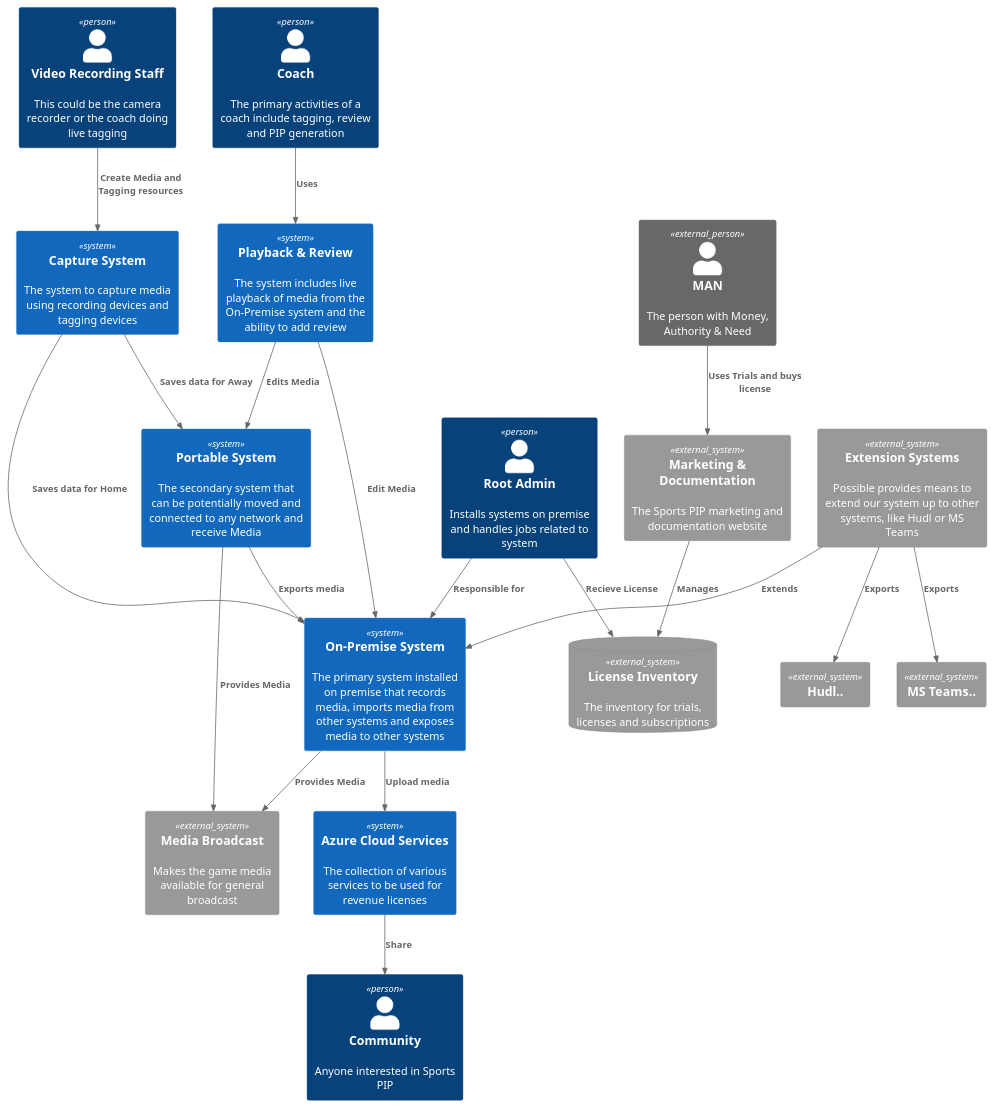
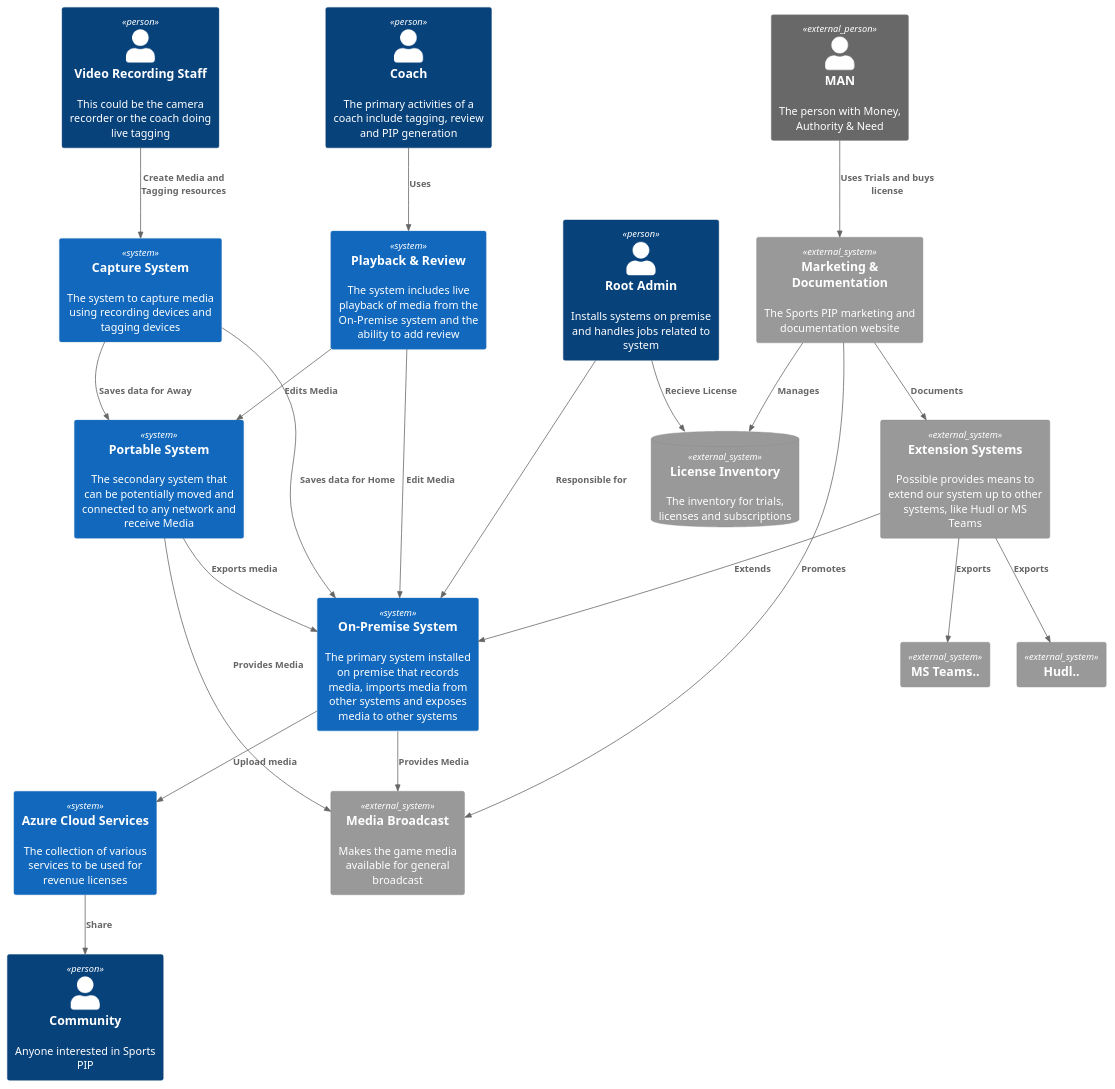
One commit to manish-drake/sportspiparch changed the diagram in context.puml. Above: the diagram before and after it, drawn with PlantUML. The commit also changed 19 other files, not shown here.

Commit message:
New diagram

```diff
--- a/context.puml
+++ b/context.puml
@@ -1,53 +1,54 @@
 @startuml Context
 
 ' !includeurl https://raw.githubusercontent.com/RicardoNiepel/C4-PlantUML/master/C4_Component.puml
-!include C4_Component.puml
+!include ../C4-PlantUML/C4_Component.puml
 
 ' LAYOUT_TOP_DOWN
 ' LAYOUT_WITH_LEGEND
 
 Person(capUser, "Video Recording Staff", "This could be the camera recorder or the coach doing live tagging")
 System(captureSystem, "Capture System", "The system to capture media using recording devices and tagging devices")
 Rel(capUser, captureSystem, "Create Media and Tagging resources")
 
 System(root, "On-Premise System", "The primary system installed on premise that records media, imports media from other systems and exposes media to other systems")
 Person(admin, "Root Admin", "Installs systems on premise and handles jobs related to system")
 Rel(admin, root, "Responsible for")
 
 System_Ext(extension, "Extension Systems", "Possible provides means to extend our system up to other systems, like Hudl or MS Teams")
 Rel(extension, root, "Extends")
 System_Ext(mkt, "Marketing & Documentation", "The Sports PIP marketing and documentation website")
 Person_Ext(man, "MAN", "The person with Money, Authority & Need")
 Rel(man, mkt, "Uses Trials and buys license")
 SystemDb_Ext(license, "License Inventory", "The inventory for trials, licenses and subscriptions")
 Rel(mkt, license, "Manages")
 Rel(admin, license, "Recieve License")
 System(azure, "Azure Cloud Services", "The collection of various services to be used for revenue licenses")
 Rel(root, azure, "Upload media")
 Person(community, "Community", "Anyone interested in Sports PIP")
 Rel(azure, community, "Share")
 
 System_Ext(hudl, "Hudl..")
 System_Ext(teams, "MS Teams..")
 Rel(extension, hudl, "Exports")
 Rel(extension, teams, "Exports")
-
+Rel(mkt, extension, "Documents")
 Rel(captureSystem, root, "Saves data for Home")
 
 System(portable, "Portable System", "The secondary system that can be potentially moved and connected to any network and receive Media")
 Rel(captureSystem, portable, "Saves data for Away")
 Rel(portable, root, "Exports media")
 
 
 Person(coach, "Coach", "The primary activities of a coach include tagging, review and PIP generation")
 System(review, "Playback & Review", "The system includes live playback of media from the On-Premise system and the ability to add review")
 Rel(review, portable, "Edits Media")
 
 Rel(coach, review, "Uses")
 Rel(review, root, "Edit Media")
 
 System_Ext(mediaBroadcast, "Media Broadcast", "Makes the game media available for general broadcast")
+Rel(mkt, mediaBroadcast, "Promotes")
 Rel(root, mediaBroadcast, "Provides Media")
 Rel(portable, mediaBroadcast, "Provides Media")
 
 @enduml
```
